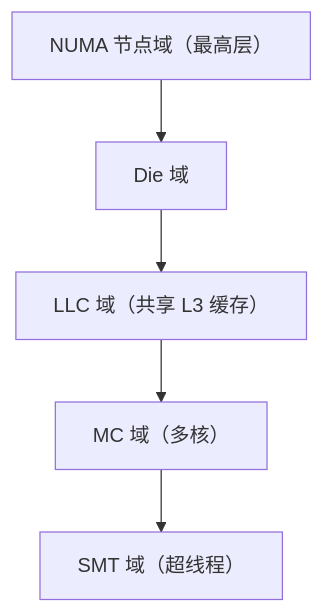
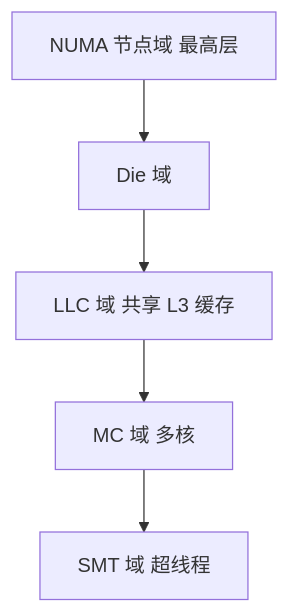
The fourth of 5 diagrams in content/articles/linux/linux-24-内核面试题-进程调度.md (jpixy/jpixy.github.io), drawn with Mermaid before and after one commit. The commit also changed 66 other files, not shown here.

Commit message:
fix: resolve Mermaid syntax errors by removing parentheses in node labels

````diff
--- a/content/articles/linux/linux-24-内核面试题-进程调度.md
+++ b/content/articles/linux/linux-24-内核面试题-进程调度.md
@@ -444,13 +444,13 @@
 ```mermaid
 graph TB
-    NUMA["NUMA 节点域（最高层）"]
+    NUMA["NUMA 节点域 最高层"]
     DIE["Die 域"]
-    LLC["LLC 域（共享 L3 缓存）"]
-    MC["MC 域（多核）"]
-    SMT["SMT 域（超线程）"]
+    LLC["LLC 域 共享 L3 缓存"]
+    MC["MC 域 多核"]
+    SMT["SMT 域 超线程"]
     
     NUMA --> DIE
     DIE --> LLC
     LLC --> MC
     MC --> SMT
 ```
````
